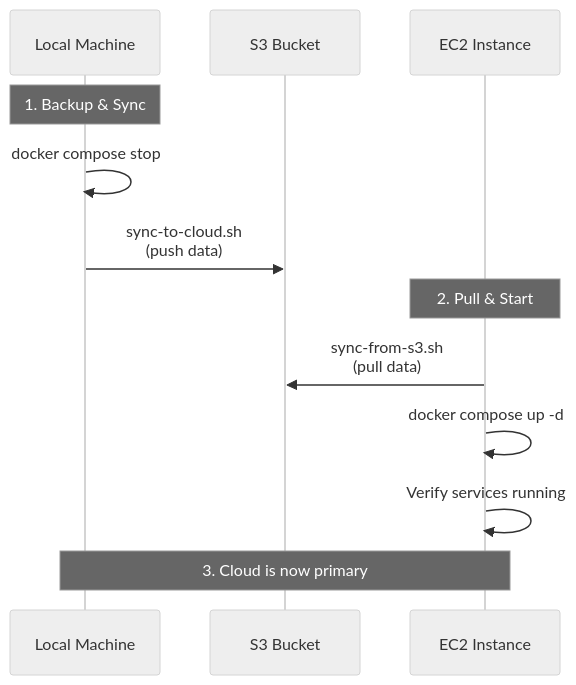
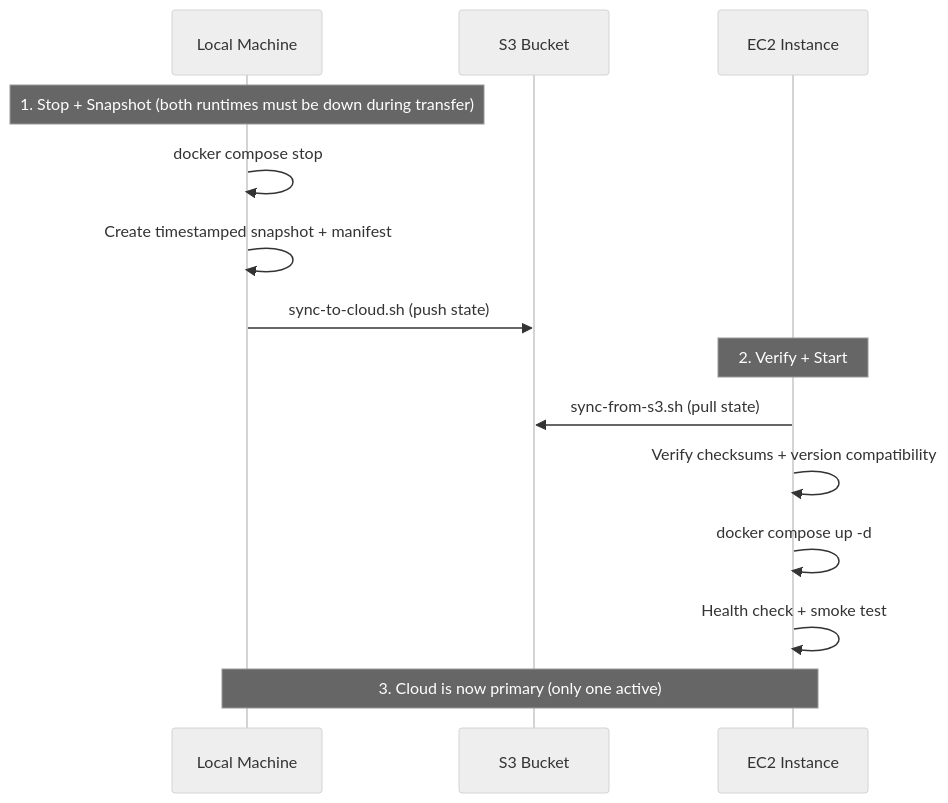
The third of 6 diagrams in OC-EXT-CLOUD-MIGRATION-PLAN.md (AbinashGupta/openclaw), drawn with Mermaid (neutral theme) before and after one commit. The commit also changed other lines of this file and 2 other files, not shown here.

Commit message:
Docs: add cloud migration phases, first-deploy guide, and plan clarifications

````diff
--- a/OC-EXT-CLOUD-MIGRATION-PLAN.md
+++ b/OC-EXT-CLOUD-MIGRATION-PLAN.md
@@ -1941,17 +2082,19 @@
 ```mermaid
 sequenceDiagram
     participant Local as Local Machine
     participant S3 as S3 Bucket
     participant EC2 as EC2 Instance
     
-    Note over Local: 1. Backup & Sync
+    Note over Local: 1. Stop + Snapshot (both runtimes must be down during transfer)
     Local->>Local: docker compose stop
-    Local->>S3: sync-to-cloud.sh<br/>(push data)
+    Local->>Local: Create timestamped snapshot + manifest
+    Local->>S3: sync-to-cloud.sh (push state)
     
-    Note over EC2: 2. Pull & Start
-    EC2->>S3: sync-from-s3.sh<br/>(pull data)
+    Note over EC2: 2. Verify + Start
+    EC2->>S3: sync-from-s3.sh (pull state)
+    EC2->>EC2: Verify checksums + version compatibility
     EC2->>EC2: docker compose up -d
-    EC2->>EC2: Verify services running
+    EC2->>EC2: Health check + smoke test
     
-    Note over Local,EC2: 3. Cloud is now primary
+    Note over Local,EC2: 3. Cloud is now primary (only one active)
 ```
````
